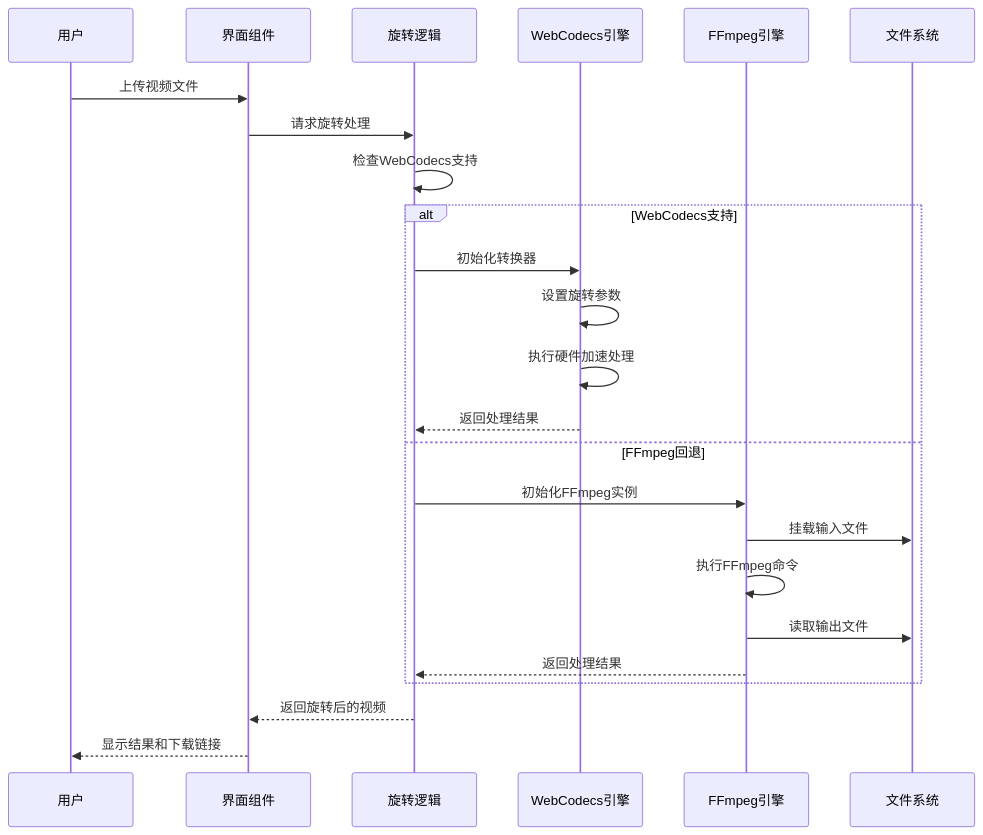
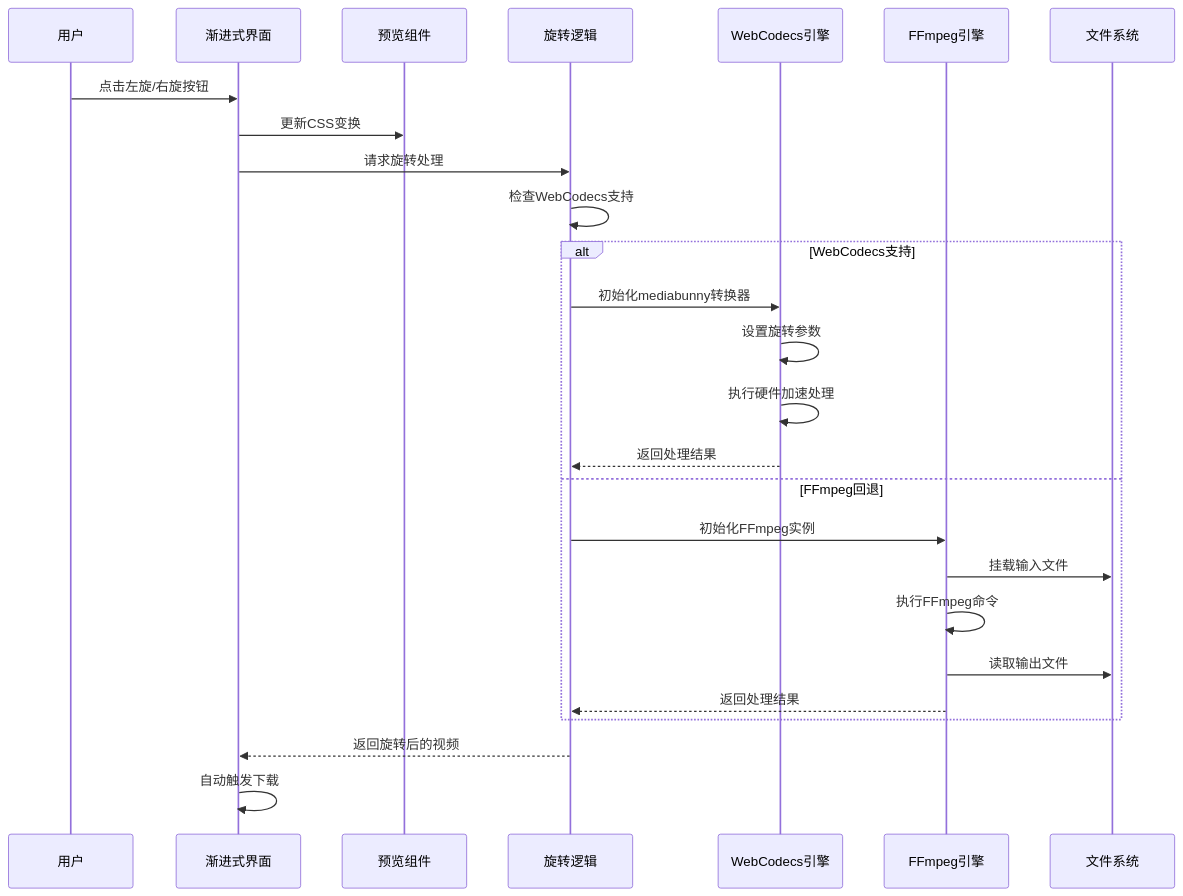
Before and after one commit to sgyy/privadeck: the second of 8 diagrams in .qoder/repowiki/zh/content/视频工具/视频旋转工具.md, drawn with Mermaid. The commit also changed other lines of this file and 3 other files, not shown here.

First line of the commit message:
feat(image-crop): 升级图像裁剪工具到 react-advanced-cropper

````diff
--- a/.qoder/repowiki/zh/content/视频工具/视频旋转工具.md
+++ b/.qoder/repowiki/zh/content/视频工具/视频旋转工具.md
@@ -92,26 +122,28 @@
 ```mermaid
 sequenceDiagram
 participant User as 用户
-participant UI as 界面组件
+participant UI as 渐进式界面
+participant Preview as 预览组件
 participant Logic as 旋转逻辑
 participant WebCodecs as WebCodecs引擎
 participant FFmpeg as FFmpeg引擎
 participant FS as 文件系统
-User->>UI : 上传视频文件
+User->>UI : 点击左旋/右旋按钮
+UI->>Preview : 更新CSS变换
 UI->>Logic : 请求旋转处理
 Logic->>Logic : 检查WebCodecs支持
 alt WebCodecs支持
-Logic->>WebCodecs : 初始化转换器
+Logic->>WebCodecs : 初始化mediabunny转换器
 WebCodecs->>WebCodecs : 设置旋转参数
 WebCodecs->>WebCodecs : 执行硬件加速处理
 WebCodecs-->>Logic : 返回处理结果
 else FFmpeg回退
 Logic->>FFmpeg : 初始化FFmpeg实例
 FFmpeg->>FS : 挂载输入文件
 FFmpeg->>FFmpeg : 执行FFmpeg命令
 FFmpeg->>FS : 读取输出文件
 FFmpeg-->>Logic : 返回处理结果
 end
 Logic-->>UI : 返回旋转后的视频
-UI-->>User : 显示结果和下载链接
+UI->>UI : 自动触发下载
 ```
````
